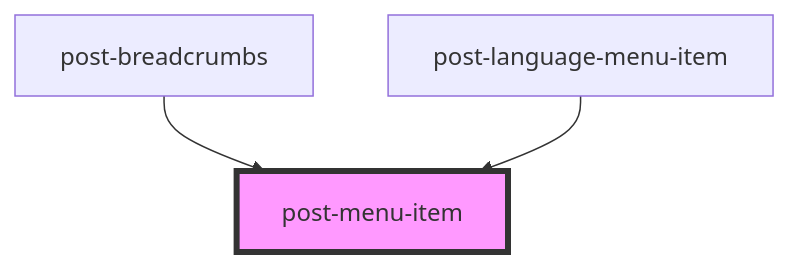
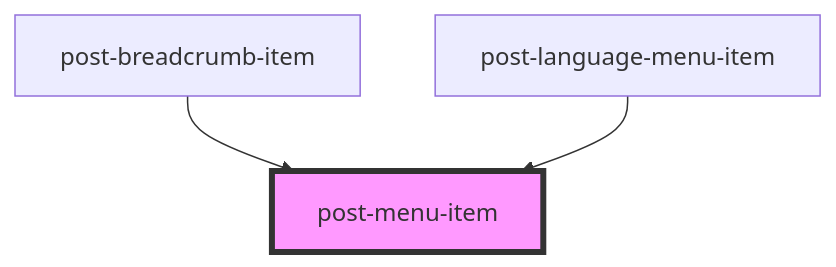
One commit to swisspost/design-system changed the diagram in packages/components/src/components/post-menu-item/readme.md. Above: the diagram before and after it, drawn with Mermaid. The commit also changed other lines of this file and 15 other files, not shown here.

````diff
--- a/packages/components/src/components/post-menu-item/readme.md
+++ b/packages/components/src/components/post-menu-item/readme.md
@@ -14,6 +14,6 @@
 ```mermaid
 graph TD;
-  post-breadcrumbs --> post-menu-item
+  post-breadcrumb-item --> post-menu-item
   post-language-menu-item --> post-menu-item
   style post-menu-item fill:#f9f,stroke:#333,stroke-width:4px
 ```
````
